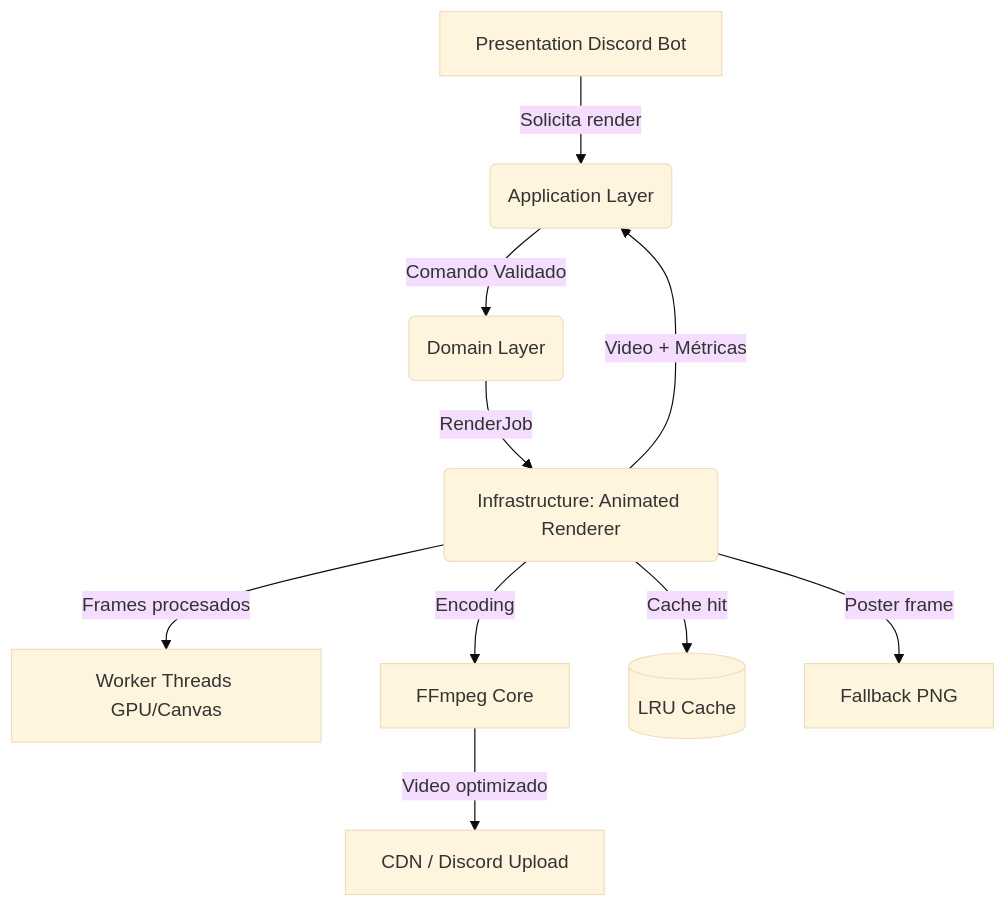
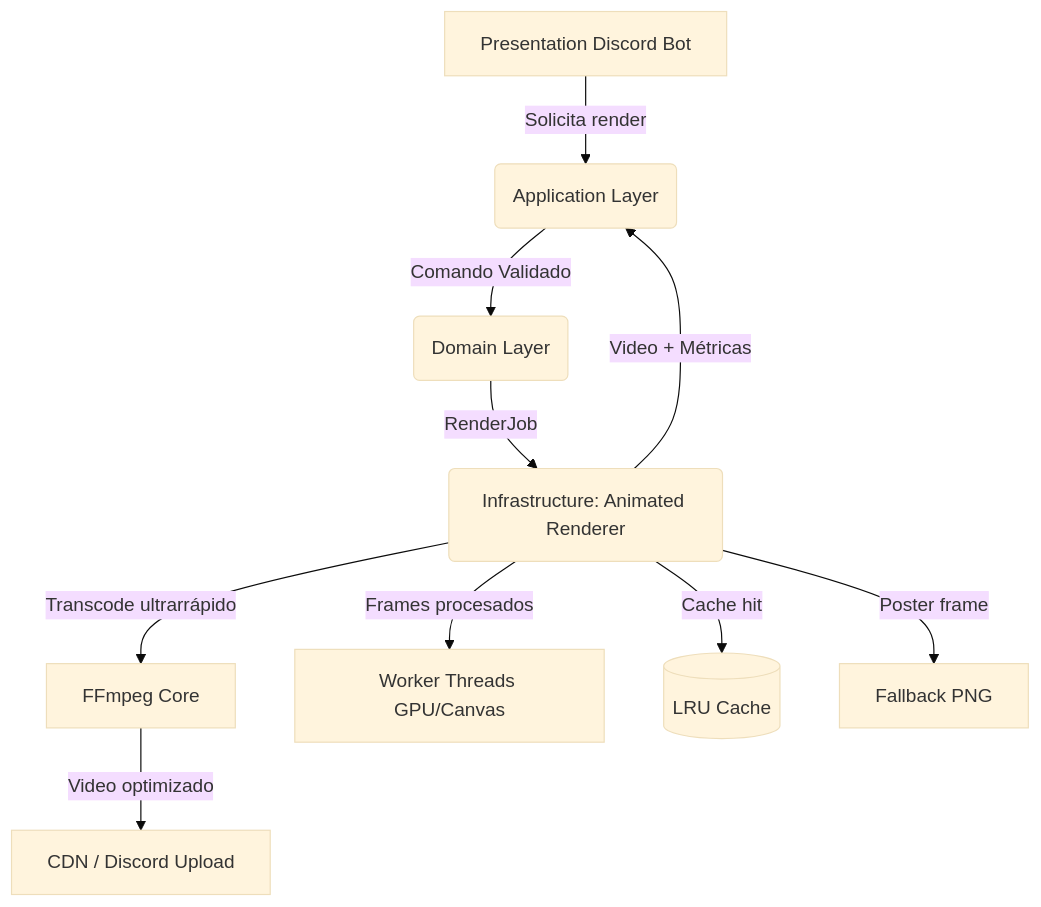
The diagram in docs/animated-renderer.md (mikokorikos/bot-tester), drawn with Mermaid (base theme) before and after one commit. The commit also changed other lines of this file and 9 other files, not shown here.

````diff
--- a/docs/animated-renderer.md
+++ b/docs/animated-renderer.md
@@ -7,12 +7,12 @@
 ```mermaid
 graph TD
   A[Presentation Discord Bot] -->|Solicita render| B(Application Layer)
   B -->|Comando Validado| C(Domain Layer)
   C -->|RenderJob| D(Infrastructure: Animated Renderer)
   D -->|Video + Métricas| B
+  D -->|Transcode ultrarrápido| F[FFmpeg Core]
   D -->|Frames procesados| E[Worker Threads GPU/Canvas]
-  D -->|Encoding| F[FFmpeg Core]
   D -->|Cache hit| G[(LRU Cache)]
   F -->|Video optimizado| H[CDN / Discord Upload]
   D -->|Poster frame| I[Fallback PNG]
 ```
````
